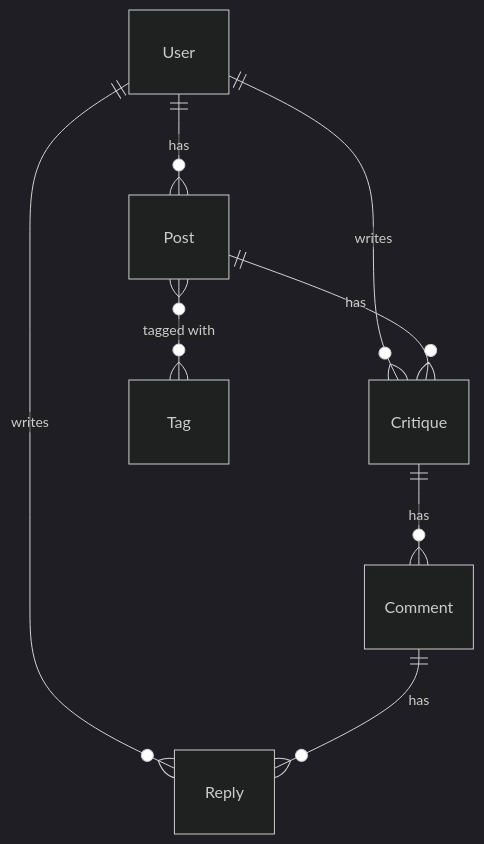
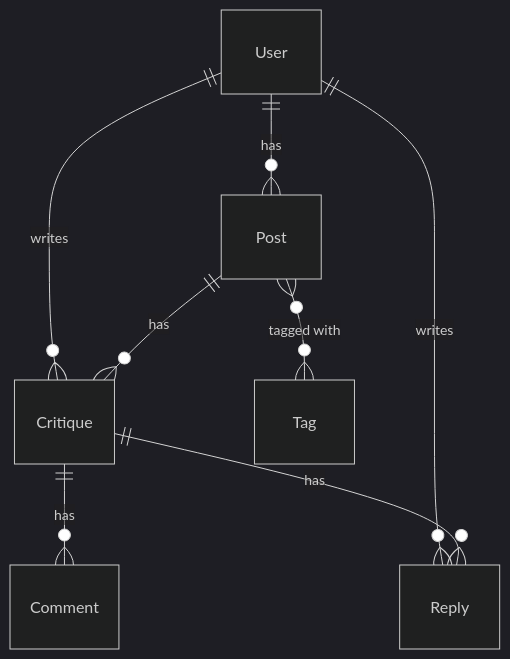
One commit to Ibrahnab/CoCanvas changed the diagram in BackEnd/README.md. Above: the diagram before and after it, drawn with Mermaid (dark theme). The commit also changed other lines of this file and 24 other files, not shown here.

````diff
--- a/BackEnd/README.md
+++ b/BackEnd/README.md
@@ -17,14 +17,14 @@
 ```mermaid
 
 erDiagram
     User ||--o{ Post : "has"
     User ||--o{ Critique : "writes"
     User ||--o{ Reply : "writes"
 
     Post ||--o{ Critique : "has"
     Post }o--o{ Tag : "tagged with"
 
     Critique ||--o{ Comment : "has"
-    Comment ||--o{ Reply : "has"
+    Critique ||--o{ Reply : "has"
 
 ```
````
